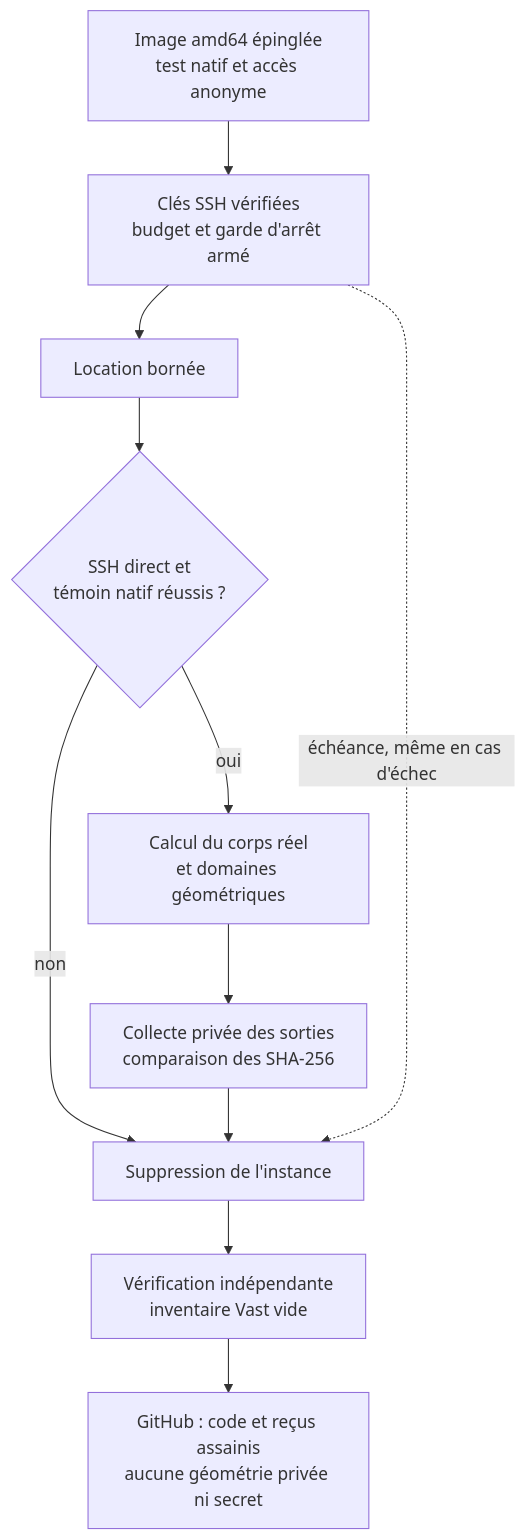
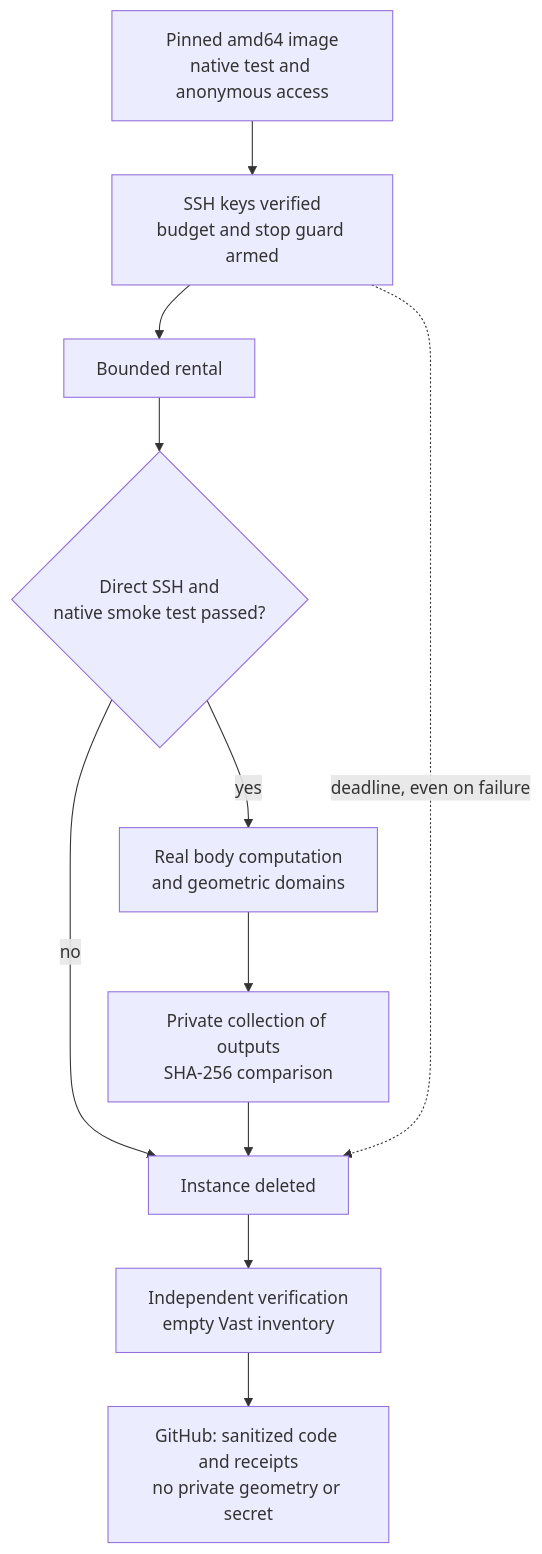
The diagram in docs/reports/M64_PICOGK_EXECUTION.md (cluster2600/porscheparts), drawn with Mermaid before and after one commit. The commit also changed other lines of this file and 228 other files, not shown here.

````diff
--- a/docs/reports/M64_PICOGK_EXECUTION.md
+++ b/docs/reports/M64_PICOGK_EXECUTION.md
@@ -231,13 +228,13 @@
 ```mermaid
 graph TD
-    A["Image amd64 épinglée<br/>test natif et accès anonyme"] --> B["Clés SSH vérifiées<br/>budget et garde d'arrêt armé"]
-    B --> C["Location bornée"]
-    C --> D{"SSH direct et<br/>témoin natif réussis ?"}
-    D -- "non" --> H["Suppression de l'instance"]
-    D -- "oui" --> E["Calcul du corps réel<br/>et domaines géométriques"]
-    E --> F["Collecte privée des sorties<br/>comparaison des SHA-256"]
+    A["Pinned amd64 image<br/>native test and anonymous access"] --> B["SSH keys verified<br/>budget and stop guard armed"]
+    B --> C["Bounded rental"]
+    C --> D{"Direct SSH and<br/>native smoke test passed?"}
+    D -- "no" --> H["Instance deleted"]
+    D -- "yes" --> E["Real body computation<br/>and geometric domains"]
+    E --> F["Private collection of outputs<br/>SHA-256 comparison"]
     F --> H
-    B -. "échéance, même en cas d'échec" .-> H
-    H --> I["Vérification indépendante<br/>inventaire Vast vide"]
-    I --> J["GitHub : code et reçus assainis<br/>aucune géométrie privée ni secret"]
+    B -. "deadline, even on failure" .-> H
+    H --> I["Independent verification<br/>empty Vast inventory"]
+    I --> J["GitHub: sanitized code and receipts<br/>no private geometry or secret"]
 ```
````
